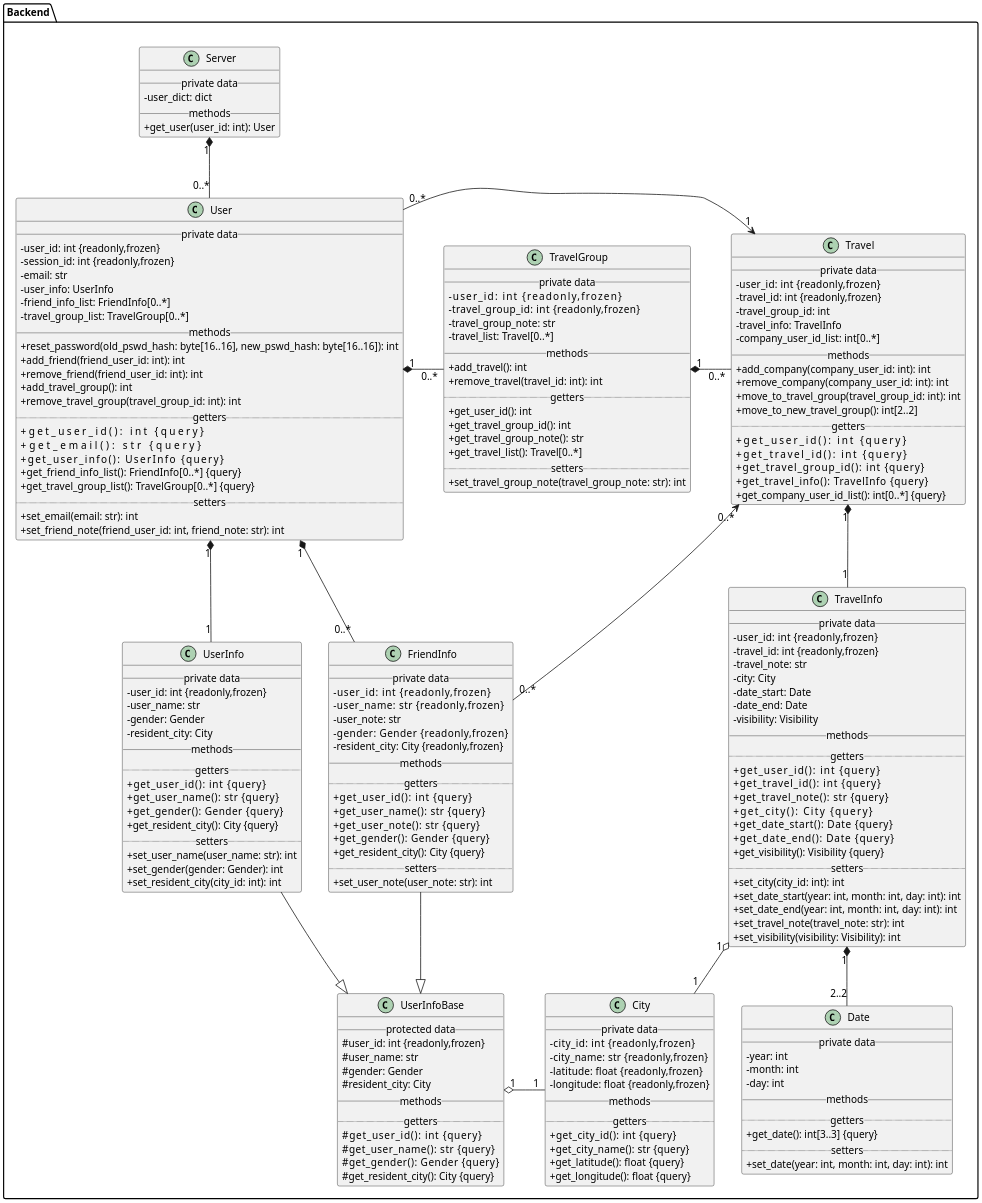
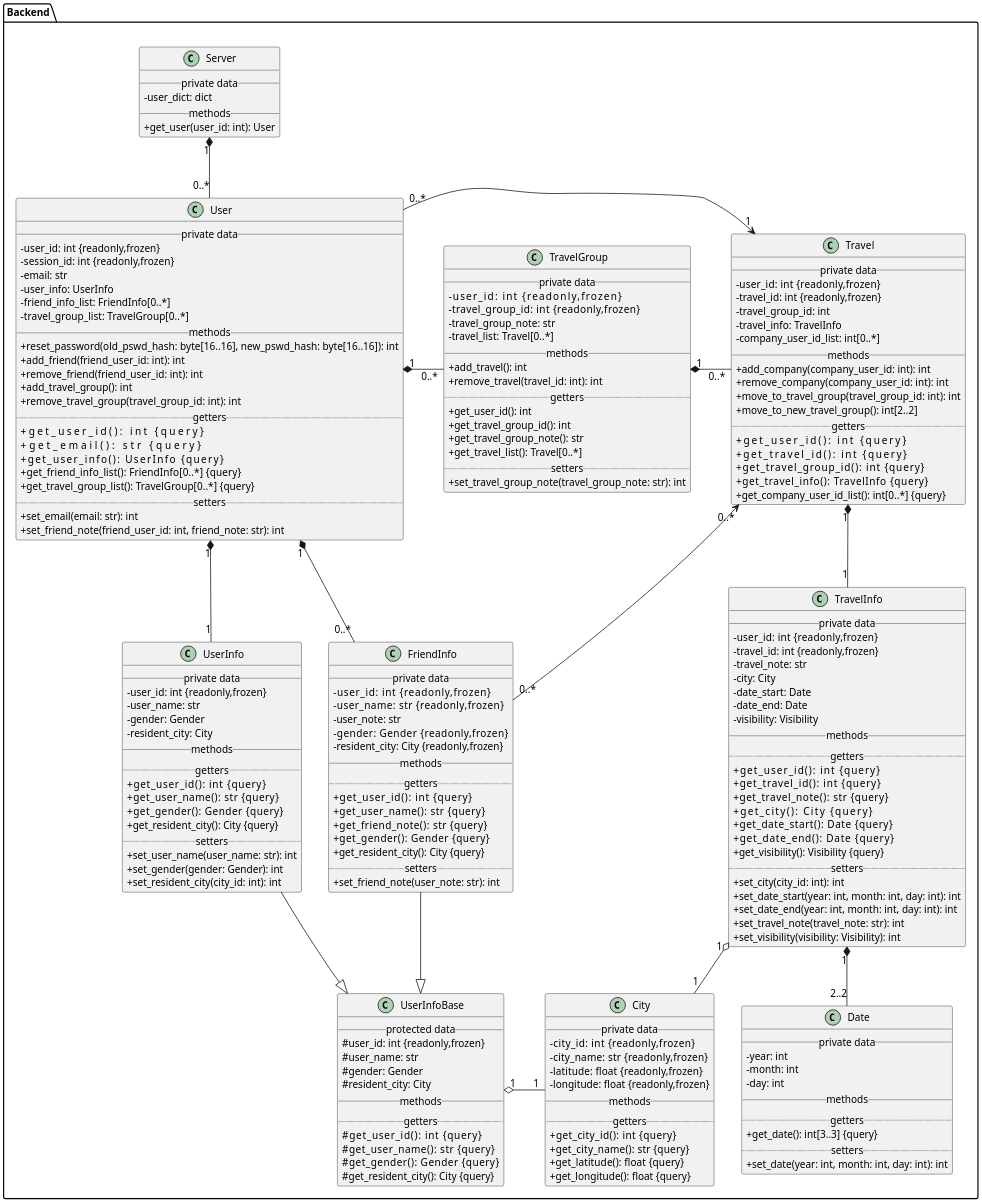
One commit to skyetim/travel_planning_website changed the diagram in doc/第二阶段课堂展示/ClassDiagram.backend.puml. Above: the diagram before and after it, drawn with PlantUML. The commit also changed 2 other files, not shown here.

Commit message:
feat: add api get_friend_info_list

```diff
--- a/doc/第二阶段课堂展示/ClassDiagram.backend.puml
+++ b/doc/第二阶段课堂展示/ClassDiagram.backend.puml
@@ -84,11 +84,11 @@
         .. getters ..
         + get_user_id(): int        {query}
         + get_user_name(): str      {query}
-        + get_user_note(): str      {query}
+        + get_friend_note(): str      {query}
         + get_gender(): Gender      {query}
         + get_resident_city(): City {query}
         .. setters ..
-        + set_user_note(user_note: str): int
+        + set_friend_note(user_note: str): int
     }
 
     class TravelGroup {
```
